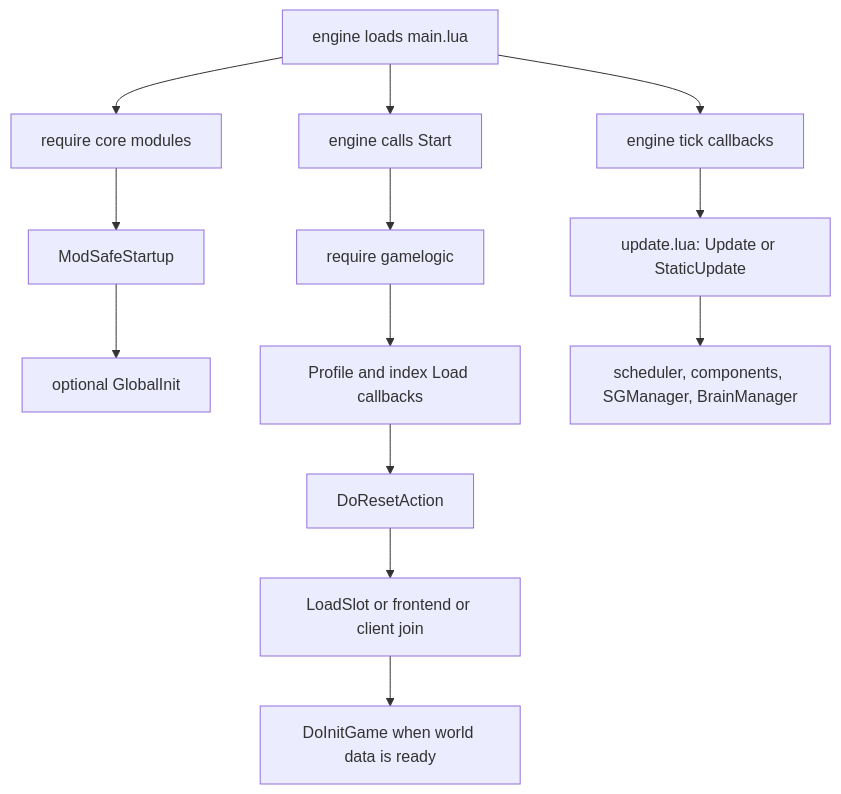
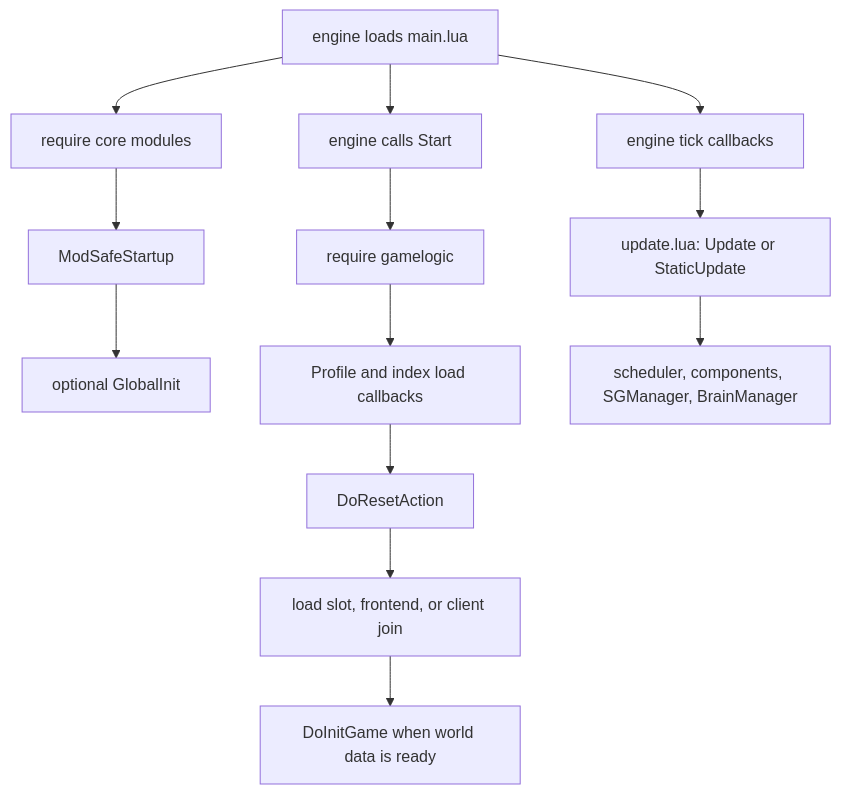
Before and after one commit to LetsStarveTogether/dst-server: the diagram in dst-scripts/index/0x2000-runtime/README.md, drawn with Mermaid. The commit also changed other lines of this file and 83 other files, not shown here.

```diff
--- a/dst-scripts/index/0x2000-runtime/README.md
+++ b/dst-scripts/index/0x2000-runtime/README.md
@@ -35,16 +35,16 @@
 ~~~mermaid
 flowchart TD
     A["engine loads main.lua"]
     A --> B["require core modules"]
     B --> C["ModSafeStartup"]
     C --> D["optional GlobalInit"]
     A --> E["engine calls Start"]
     E --> F["require gamelogic"]
-    F --> G["Profile and index Load callbacks"]
+    F --> G["Profile and index load callbacks"]
     G --> H["DoResetAction"]
-    H --> I["LoadSlot or frontend or client join"]
+    H --> I["load slot, frontend, or client join"]
     I --> J["DoInitGame when world data is ready"]
     A --> K["engine tick callbacks"]
     K --> L["update.lua: Update or StaticUpdate"]
     L --> M["scheduler, components, SGManager, BrainManager"]
 ~~~
```
